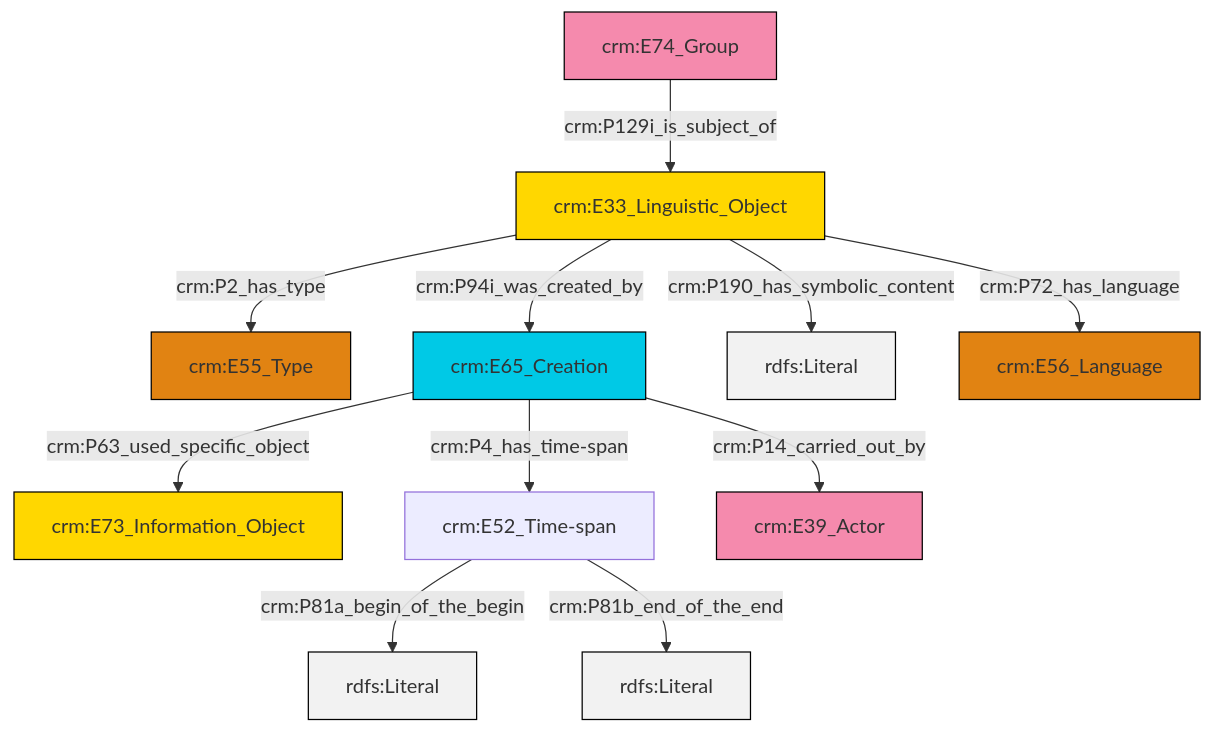
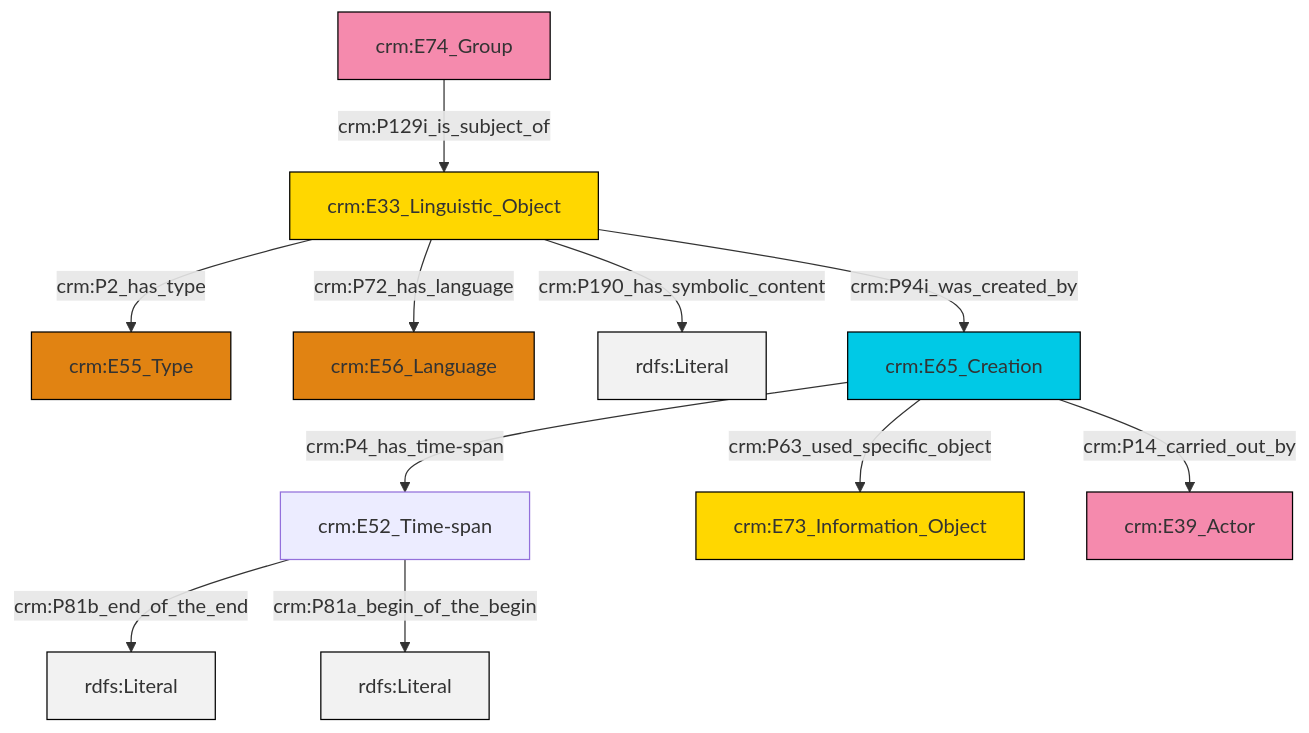
Before and after one commit to swiss-art-research-net/reference-data-models: the diagram in et/groupCSV/ttl/mmd/group_description.ttl.mmd, drawn with Mermaid. The commit also changed 122 other files, not shown here.

```diff
--- a/et/groupCSV/ttl/mmd/group_description.ttl.mmd
+++ b/et/groupCSV/ttl/mmd/group_description.ttl.mmd
@@ -1,25 +1,25 @@
 graph TD
 classDef Literal fill:#f2f2f2,stroke:#000000;
 classDef CRM_Entity fill:#FFFFFF,stroke:#000000;
 classDef Temporal_Entity fill:#00C9E6, stroke:#000000;
 classDef Type fill:#E18312, stroke:#000000;
 classDef Time-Span fill:#2C9C91, stroke:#000000;
 classDef Appellation fill:#FFEB7F, stroke:#000000;
 classDef Place fill:#008836, stroke:#000000;
 classDef Persistent_Item fill:#B266B2, stroke:#000000;
 classDef Conceptual_Object fill:#FFD700, stroke:#000000;
 classDef Physical_Thing fill:#D2B48C, stroke:#000000;
 classDef Actor fill:#f58aad, stroke:#000000;
 classDef PC_Classes fill:#4ce600, stroke:#000000;
 classDef Multi fill:#cccccc,stroke:#000000;
 
-2["crm:E65_Creation"]:::Temporal_Entity -->|crm:P63_used_specific_object| 3["crm:E73_Information_Object"]:::Conceptual_Object
-4["crm:E33_Linguistic_Object"]:::Conceptual_Object -->|crm:P190_has_symbolic_content| 5[rdfs:Literal]:::Literal
-4["crm:E33_Linguistic_Object"]:::Conceptual_Object -->|crm:P94i_was_created_by| 2["crm:E65_Creation"]:::Temporal_Entity
-4["crm:E33_Linguistic_Object"]:::Conceptual_Object -->|crm:P2_has_type| 0["crm:E55_Type"]:::Type
-4["crm:E33_Linguistic_Object"]:::Conceptual_Object -->|crm:P72_has_language| 10["crm:E56_Language"]:::Type
-8["crm:E52_Time-span"]:::Default -->|crm:P81a_begin_of_the_begin| 11[rdfs:Literal]:::Literal
-8["crm:E52_Time-span"]:::Default -->|crm:P81b_end_of_the_end| 13[rdfs:Literal]:::Literal
-14["crm:E74_Group"]:::Actor -->|crm:P129i_is_subject_of| 4["crm:E33_Linguistic_Object"]:::Conceptual_Object
-2["crm:E65_Creation"]:::Temporal_Entity -->|crm:P4_has_time-span| 8["crm:E52_Time-span"]:::Default
-2["crm:E65_Creation"]:::Temporal_Entity -->|crm:P14_carried_out_by| 16["crm:E39_Actor"]:::Actor
+4["crm:E33_Linguistic_Object"]:::Conceptual_Object -->|crm:P72_has_language| 5["crm:E56_Language"]:::Type
+4["crm:E33_Linguistic_Object"]:::Conceptual_Object -->|crm:P190_has_symbolic_content| 6[rdfs:Literal]:::Literal
+7["crm:E65_Creation"]:::Temporal_Entity -->|crm:P63_used_specific_object| 8["crm:E73_Information_Object"]:::Conceptual_Object
+4["crm:E33_Linguistic_Object"]:::Conceptual_Object -->|crm:P2_has_type| 2["crm:E55_Type"]:::Type
+4["crm:E33_Linguistic_Object"]:::Conceptual_Object -->|crm:P94i_was_created_by| 7["crm:E65_Creation"]:::Temporal_Entity
+11["crm:E74_Group"]:::Actor -->|crm:P129i_is_subject_of| 4["crm:E33_Linguistic_Object"]:::Conceptual_Object
+7["crm:E65_Creation"]:::Temporal_Entity -->|crm:P4_has_time-span| 0["crm:E52_Time-span"]:::Default
+7["crm:E65_Creation"]:::Temporal_Entity -->|crm:P14_carried_out_by| 9["crm:E39_Actor"]:::Actor
+0["crm:E52_Time-span"]:::Default -->|crm:P81b_end_of_the_end| 17[rdfs:Literal]:::Literal
+0["crm:E52_Time-span"]:::Default -->|crm:P81a_begin_of_the_begin| 18[rdfs:Literal]:::Literal
```
